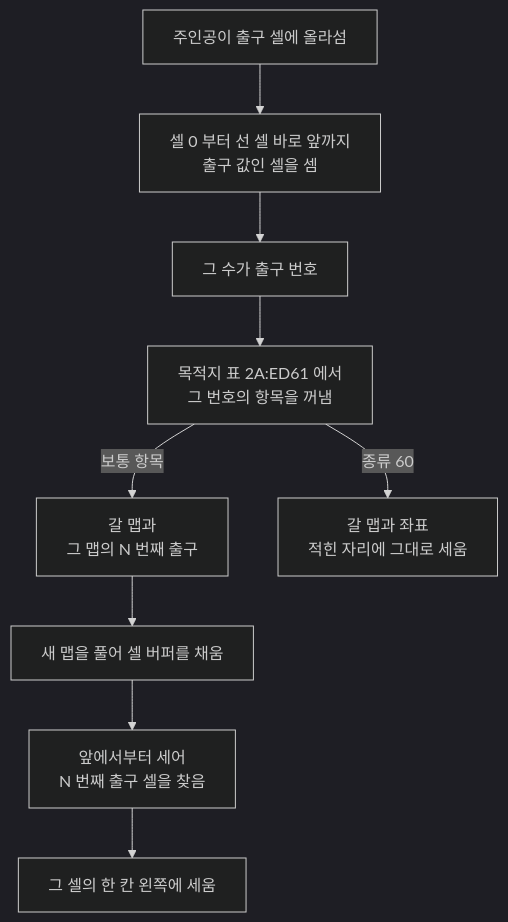
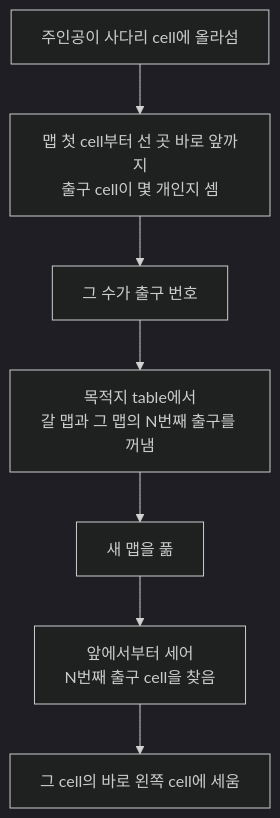
The diagram in src/pages/games/romhacking/journal/dq4/dq5-maps.md (perfectacle/perfectacle.github.io), drawn with Mermaid (dark theme) before and after one commit. The commit also changed other lines of this file and 13 other files, not shown here.

````diff
--- a/src/pages/games/romhacking/journal/dq4/dq5-maps.md
+++ b/src/pages/games/romhacking/journal/dq4/dq5-maps.md
@@ -103,11 +79,9 @@
 ```mermaid
 flowchart TD
-  A["주인공이 출구 셀에 올라섬"] --> B["셀 0 부터 선 셀 바로 앞까지<br/>출구 값인 셀을 셈"]
+  A["주인공이 사다리 cell에 올라섬"] --> B["맵 첫 cell부터 선 곳 바로 앞까지<br/>출구 cell이 몇 개인지 셈"]
   B --> C["그 수가 출구 번호"]
-  C --> D["목적지 표 2A:ED61 에서<br/>그 번호의 항목을 꺼냄"]
-  D -->|"보통 항목"| E["갈 맵과<br/>그 맵의 N 번째 출구"]
-  D -->|"종류 60"| X["갈 맵과 좌표<br/>적힌 자리에 그대로 세움"]
-  E --> F["새 맵을 풀어 셀 버퍼를 채움"]
-  F --> G["앞에서부터 세어<br/>N 번째 출구 셀을 찾음"]
-  G --> H["그 셀의 한 칸 왼쪽에 세움"]
+  C --> D["목적지 table에서<br/>갈 맵과 그 맵의 N번째 출구를 꺼냄"]
+  D --> E["새 맵을 풂"]
+  E --> F["앞에서부터 세어<br/>N번째 출구 cell을 찾음"]
+  F --> G["그 cell의 바로 왼쪽 cell에 세움"]
 ```
````
